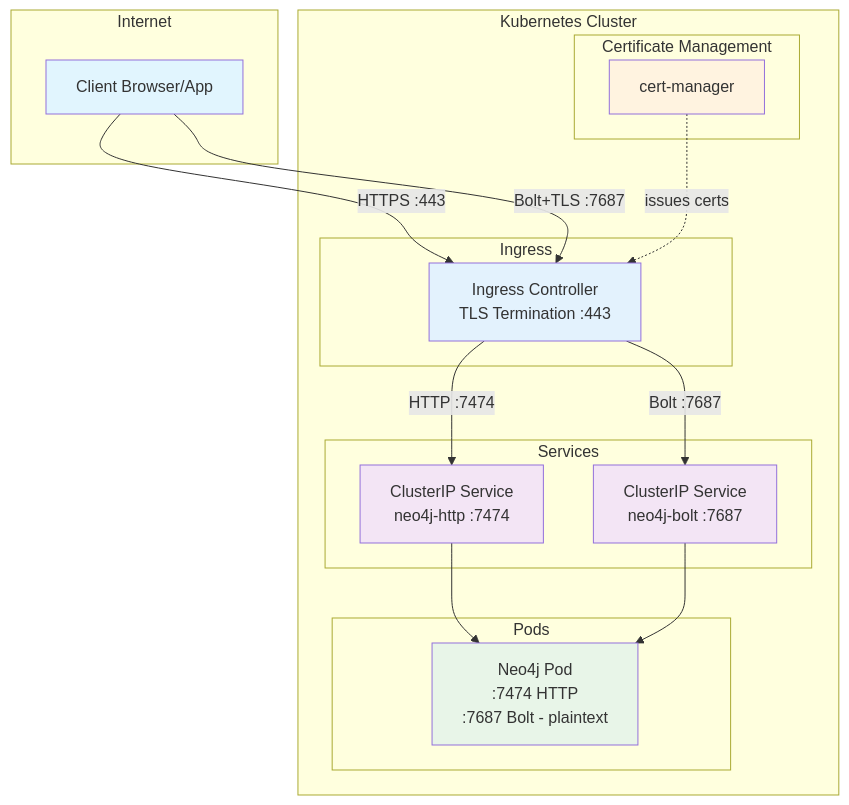
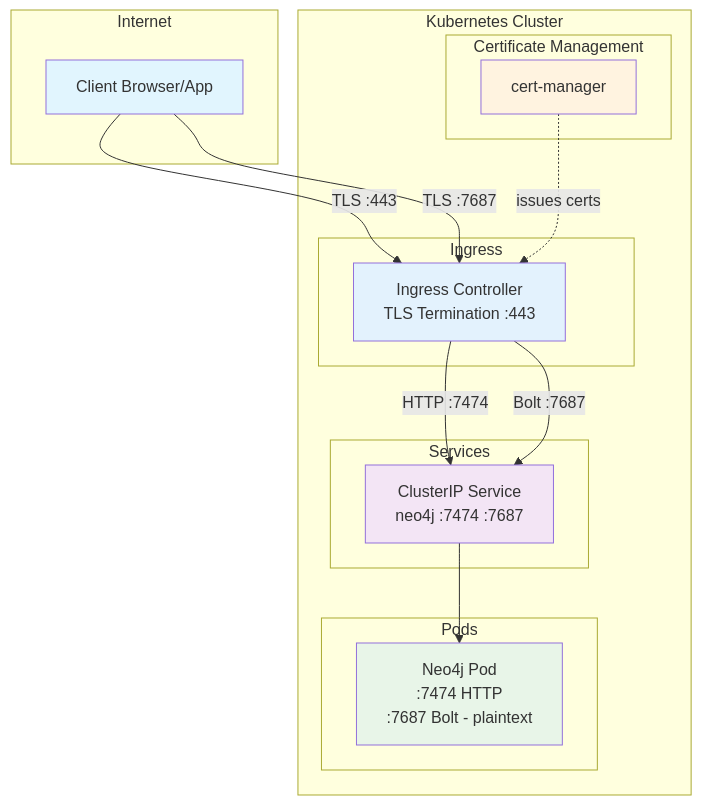
Before and after one commit to chboudry/neo4j-kubernetes: the second of 6 diagrams in readme_network.md, drawn with Mermaid. The commit also changed other lines of this file, not shown here.

Commit message:
Update network architecture diagrams in README to clarify service configurations and improve accuracy of port mappings

````diff
--- a/readme_network.md
+++ b/readme_network.md
@@ -77,37 +81,34 @@
 ```mermaid
 graph TB
     subgraph "Internet"
         Client[Client Browser/App]
     end
 
     subgraph "Kubernetes Cluster"
         subgraph "Ingress"
             IC[Ingress Controller<br/>TLS Termination :443]
         end
         subgraph "Services"
-            Neo4jHTTPS[ClusterIP Service<br/>neo4j-http :7474]
-            Neo4jBolt[ClusterIP Service<br/>neo4j-bolt :7687]
+            Neo4jSvc[ClusterIP Service<br/>neo4j :7474 :7687]
         end
         subgraph "Pods"
             Neo4j[Neo4j Pod<br/>:7474 HTTP<br/>:7687 Bolt - plaintext]
         end
         subgraph "Certificate Management"
             CM[cert-manager]
         end
     end
 
-    Client -->|HTTPS :443| IC
-    Client -->|Bolt+TLS :7687| IC
-    IC -->|HTTP :7474| Neo4jHTTPS
-    IC -->|Bolt :7687| Neo4jBolt
-    Neo4jHTTPS --> Neo4j
-    Neo4jBolt --> Neo4j
+    Client -->|TLS :443| IC
+    Client -->|TLS :7687| IC
+    IC -->|HTTP :7474| Neo4jSvc
+    IC -->|Bolt :7687| Neo4jSvc
+    Neo4jSvc --> Neo4j
     CM -.->|issues certs| IC
 
     style Client fill:#e1f5fe
     style IC fill:#e3f2fd
-    style Neo4jHTTPS fill:#f3e5f5
-    style Neo4jBolt fill:#f3e5f5
+    style Neo4jSvc fill:#f3e5f5
     style Neo4j fill:#e8f5e8
     style CM fill:#fff3e0
 ```
````
